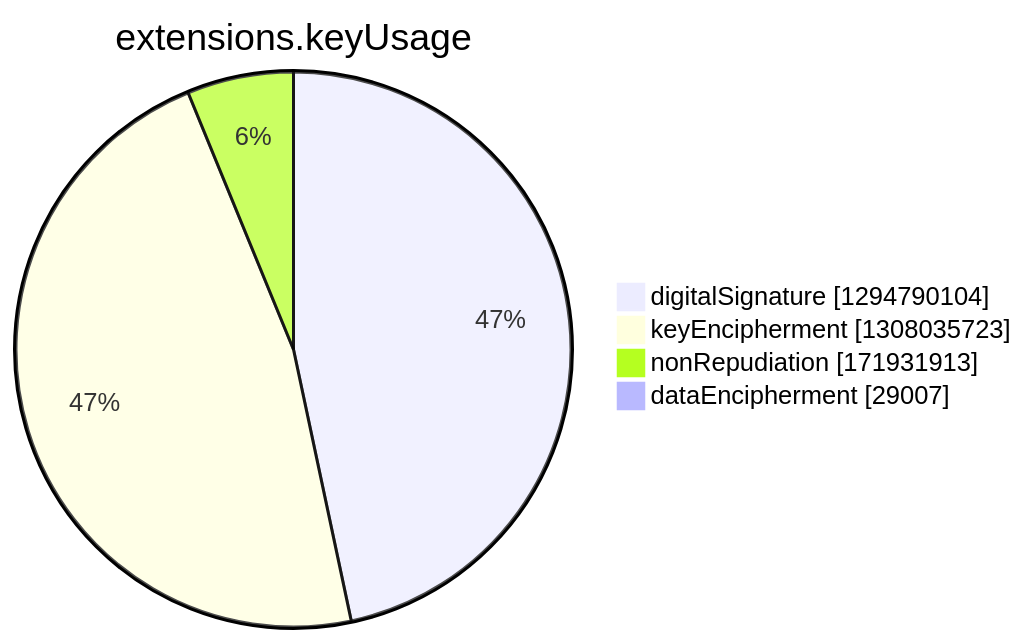
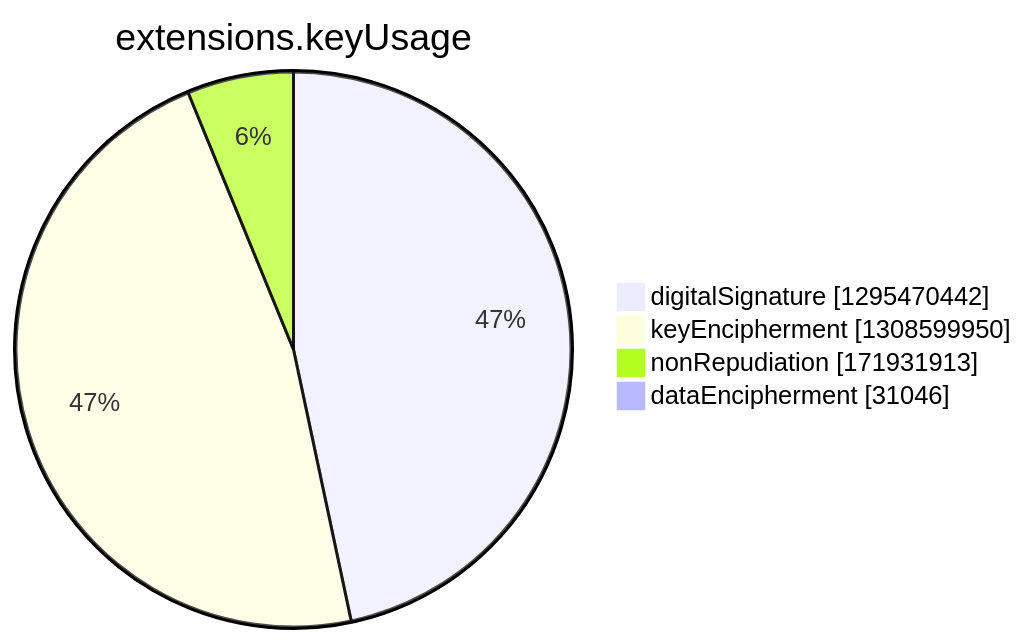
The seventh of 15 diagrams in argon2022/README.md (christiankrug/ctmonitor_visualization), drawn with Mermaid before and after one commit. The commit also changed other lines of this file, not shown here.

````diff
--- a/argon2022/README.md
+++ b/argon2022/README.md
@@ -2749,8 +2749,8 @@
 ```mermaid
 pie showData
 title extensions.keyUsage
-"digitalSignature" :1294790104
-"keyEncipherment" :1308035723
+"digitalSignature" :1295470442
+"keyEncipherment" :1308599950
 "nonRepudiation" :171931913
-"dataEncipherment" :29007
+"dataEncipherment" :31046
 ```
````
